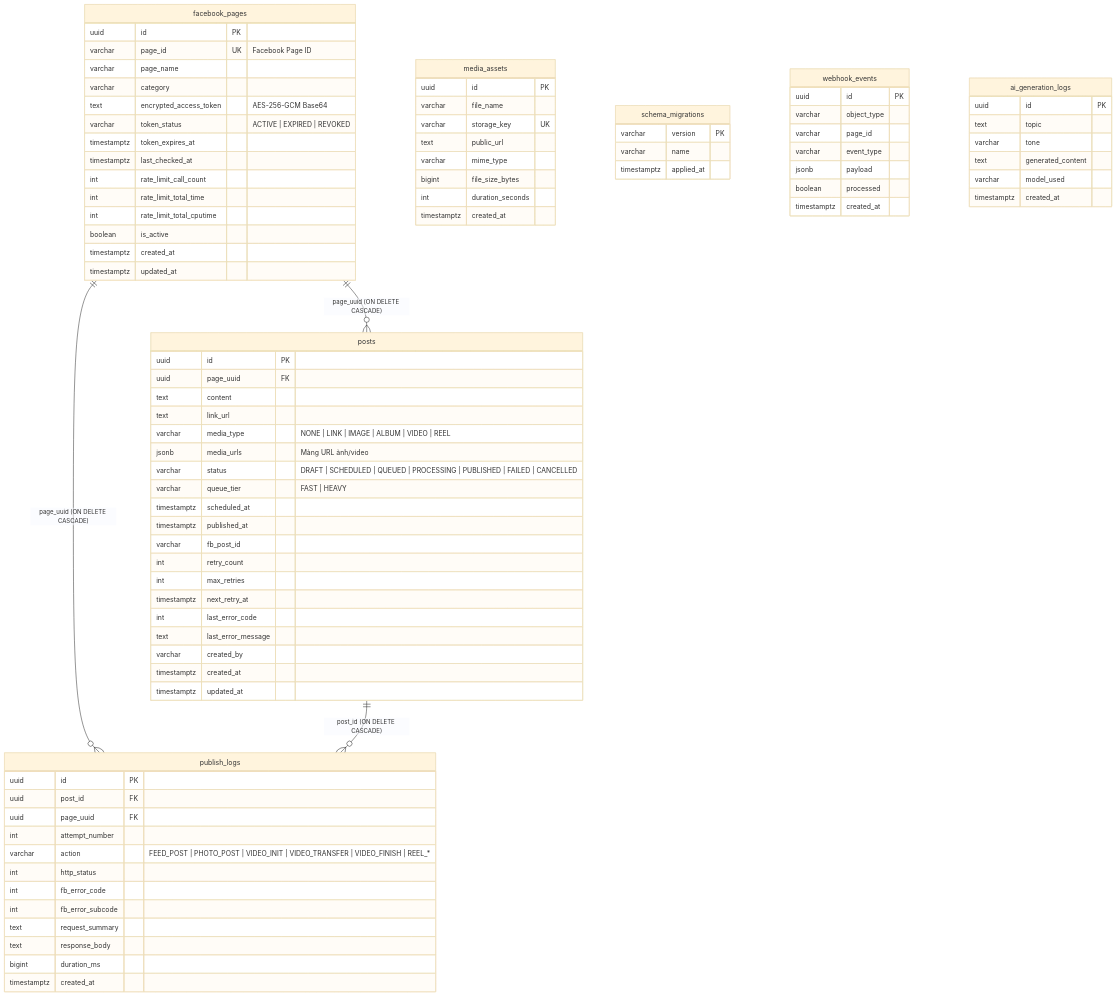
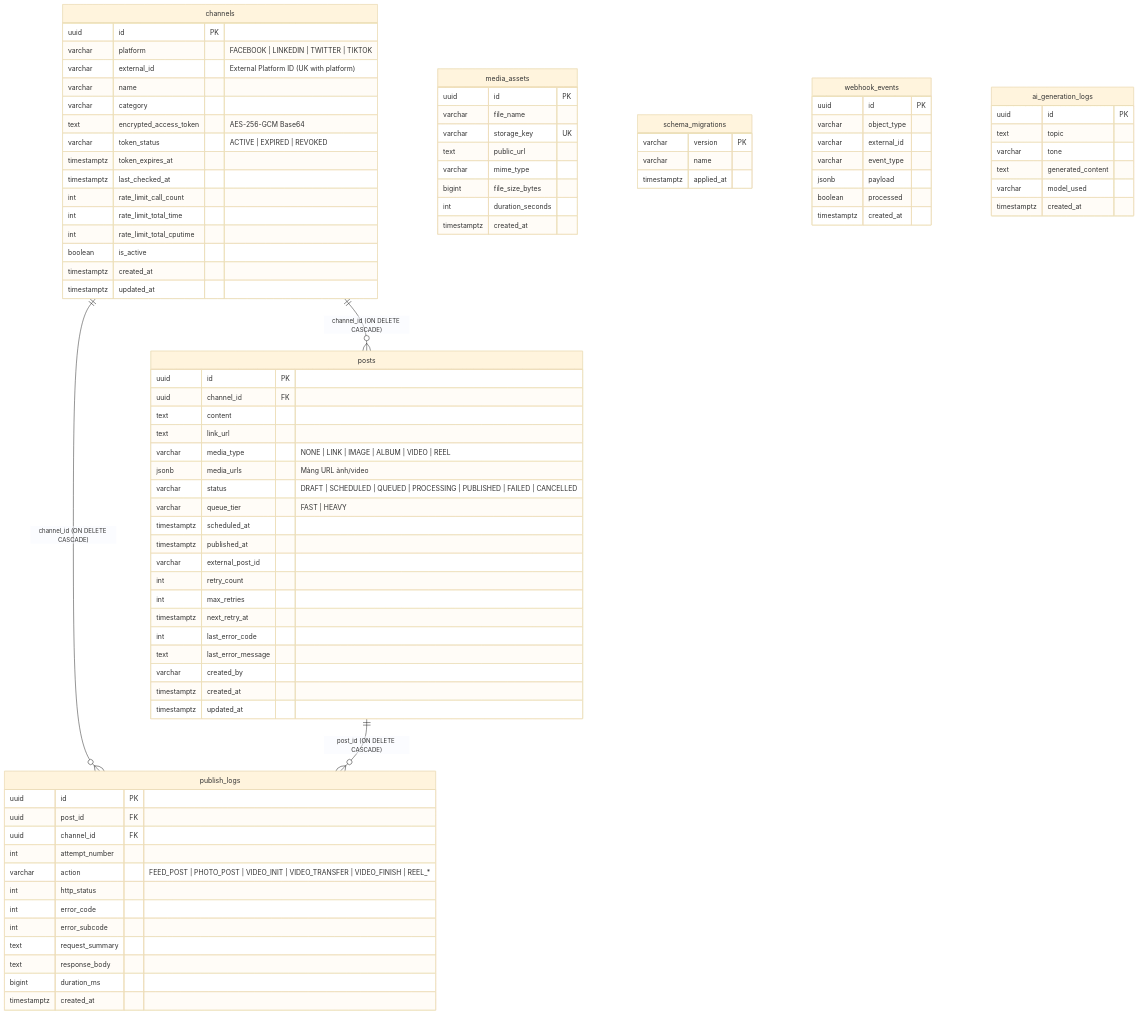
The fifth of 5 diagrams in docs/ARCHITECTURE.md (TruongHoang2004/PostPilot), drawn with Mermaid (base theme) before and after one commit. The commit also changed other lines of this file and 47 other files, not shown here.

````diff
--- a/docs/ARCHITECTURE.md
+++ b/docs/ARCHITECTURE.md
@@ -320,13 +291,14 @@
 ```mermaid
 erDiagram
-    facebook_pages ||--o{ posts : "page_uuid (ON DELETE CASCADE)"
-    facebook_pages ||--o{ publish_logs : "page_uuid (ON DELETE CASCADE)"
+    channels ||--o{ posts : "channel_id (ON DELETE CASCADE)"
+    channels ||--o{ publish_logs : "channel_id (ON DELETE CASCADE)"
     posts ||--o{ publish_logs : "post_id (ON DELETE CASCADE)"
 
-    facebook_pages {
+    channels {
         uuid id PK
-        varchar page_id UK "Facebook Page ID"
-        varchar page_name
+        varchar platform "FACEBOOK | LINKEDIN | TWITTER | TIKTOK"
+        varchar external_id "External Platform ID (UK with platform)"
+        varchar name
         varchar category
         text encrypted_access_token "AES-256-GCM Base64"
         varchar token_status "ACTIVE | EXPIRED | REVOKED"
@@ -342,7 +314,7 @@
 
     posts {
         uuid id PK
-        uuid page_uuid FK
+        uuid channel_id FK
         text content
         text link_url
         varchar media_type "NONE | LINK | IMAGE | ALBUM | VIDEO | REEL"
@@ -351,7 +323,7 @@
         varchar queue_tier "FAST | HEAVY"
         timestamptz scheduled_at
         timestamptz published_at
-        varchar fb_post_id
+        varchar external_post_id
         int retry_count
         int max_retries
         timestamptz next_retry_at
@@ -365,12 +337,12 @@
     publish_logs {
         uuid id PK
         uuid post_id FK
-        uuid page_uuid FK
+        uuid channel_id FK
         int attempt_number
         varchar action "FEED_POST | PHOTO_POST | VIDEO_INIT | VIDEO_TRANSFER | VIDEO_FINISH | REEL_*"
         int http_status
-        int fb_error_code
-        int fb_error_subcode
+        int error_code
+        int error_subcode
         text request_summary
         text response_body
         bigint duration_ms
@@ -397,7 +369,7 @@
     webhook_events {
         uuid id PK
         varchar object_type
-        varchar page_id
+        varchar external_id
         varchar event_type
         jsonb payload
         boolean processed
````
